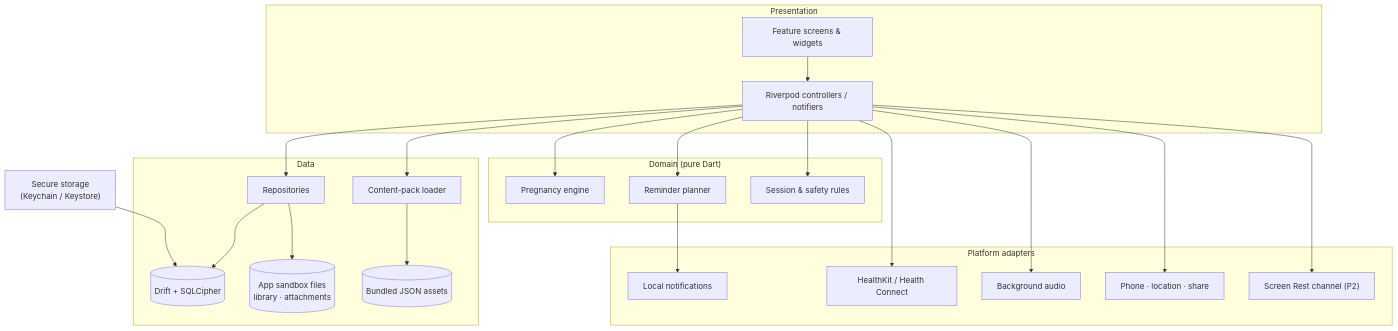
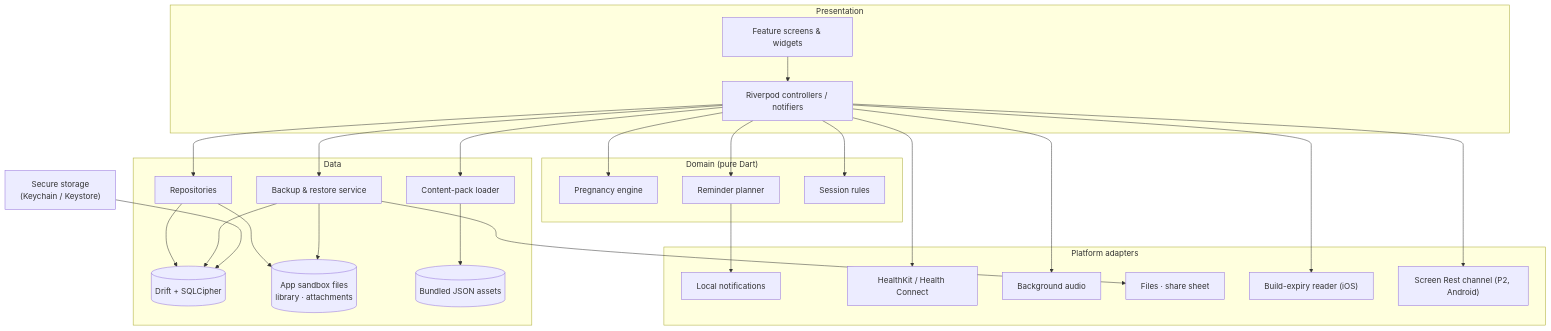
One commit to patel-keyur-18/pregnancy-care changed the first of 4 diagrams in docs/ARCHITECTURE.md. Above: the diagram before and after it, drawn with Mermaid. The commit also changed other lines of this file and 3 other files, not shown here.

First line of the commit message:
Drop SOS, design backup & restore, plan for free Apple ID installs

````diff
--- a/docs/ARCHITECTURE.md
+++ b/docs/ARCHITECTURE.md
@@ -31,27 +35,31 @@
 ```mermaid
 flowchart TB
   subgraph UI["Presentation"]
     Screens["Feature screens & widgets"] --> Ctrl["Riverpod controllers / notifiers"]
   end
   subgraph Domain["Domain (pure Dart)"]
     Engine["Pregnancy engine"]
     Planner["Reminder planner"]
-    Rules["Session & safety rules"]
+    Rules["Session rules"]
   end
   subgraph Data["Data"]
     Repos["Repositories"] --> DB[("Drift + SQLCipher")]
     Repos --> Files[("App sandbox files<br/>library · attachments")]
     Pack["Content-pack loader"] --> Assets[("Bundled JSON assets")]
+    Backup["Backup & restore service"] --> DB
+    Backup --> Files
   end
   subgraph Platform["Platform adapters"]
     Notif["Local notifications"]
     Health["HealthKit / Health Connect"]
     Audio["Background audio"]
-    Device["Phone · location · share"]
-    SR["Screen Rest channel (P2)"]
+    Share["Files · share sheet"]
+    Build["Build-expiry reader (iOS)"]
+    SR["Screen Rest channel (P2, Android)"]
   end
   Keys["Secure storage<br/>(Keychain / Keystore)"] --> DB
-  Ctrl --> Engine & Planner & Rules & Repos & Pack
+  Ctrl --> Engine & Planner & Rules & Repos & Pack & Backup
   Planner --> Notif
-  Ctrl --> Health & Audio & Device & SR
+  Backup --> Share
+  Ctrl --> Health & Audio & Build & SR
 ```
````
